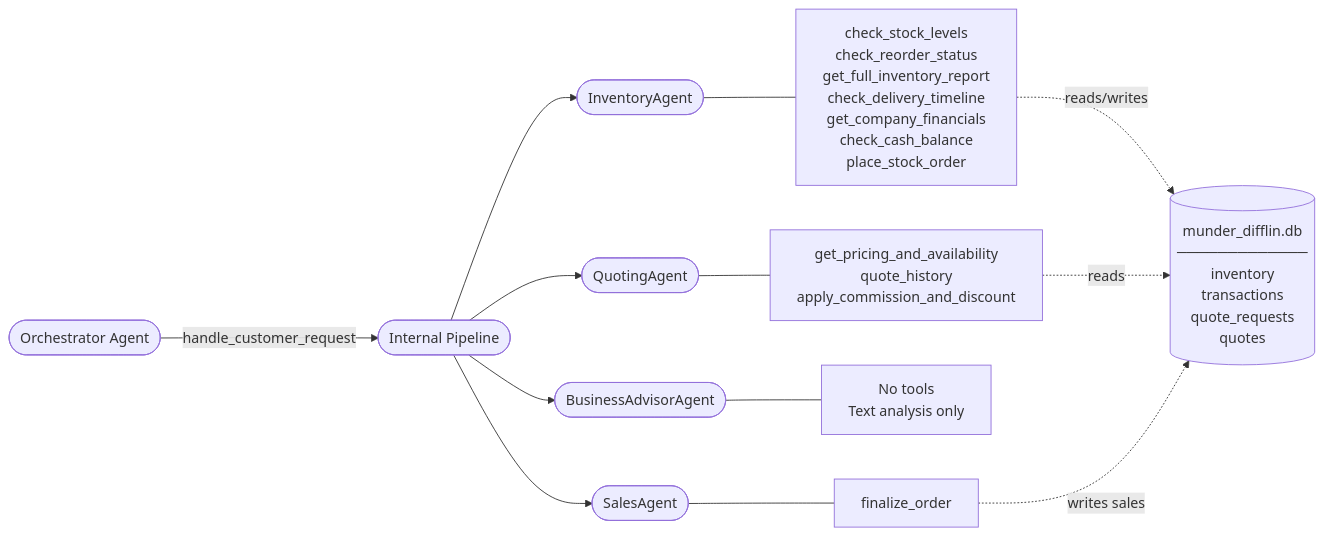
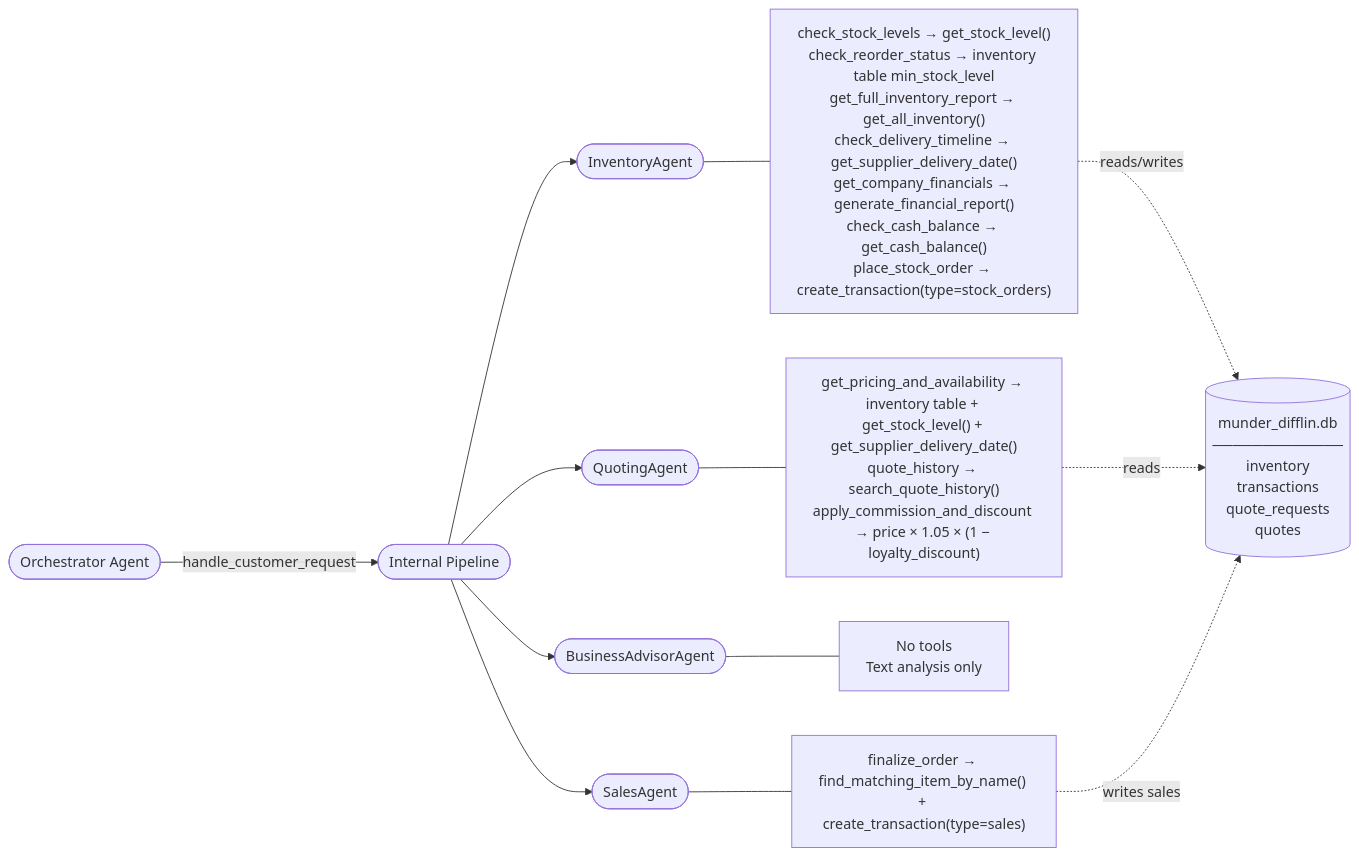
The second of 2 diagrams in flowchart.md (fsbaraglia/Multi-Agent-Systems-Sales-udacity), drawn with Mermaid before and after one commit. The commit also changed 3 other files, not shown here.

````diff
--- a/flowchart.md
+++ b/flowchart.md
@@ -119,21 +119,21 @@
 ```mermaid
 graph LR
     ORCH(["Orchestrator Agent"]) -->|"handle_customer_request"| PIPELINE(["Internal Pipeline"])
 
     PIPELINE --> INV(["InventoryAgent"])
     PIPELINE --> QUOT(["QuotingAgent"])
     PIPELINE --> BA(["BusinessAdvisorAgent"])
     PIPELINE --> SALES(["SalesAgent"])
 
-    INV --- INV_T["check_stock_levels\ncheck_reorder_status\nget_full_inventory_report\ncheck_delivery_timeline\nget_company_financials\ncheck_cash_balance\nplace_stock_order"]
+    INV --- INV_T["check_stock_levels → get_stock_level()\ncheck_reorder_status → inventory table min_stock_level\nget_full_inventory_report → get_all_inventory()\ncheck_delivery_timeline → get_supplier_delivery_date()\nget_company_financials → generate_financial_report()\ncheck_cash_balance → get_cash_balance()\nplace_stock_order → create_transaction(type=stock_orders)"]
 
-    QUOT --- QUOT_T["get_pricing_and_availability\nquote_history\napply_commission_and_discount"]
+    QUOT --- QUOT_T["get_pricing_and_availability → inventory table + get_stock_level() + get_supplier_delivery_date()\nquote_history → search_quote_history()\napply_commission_and_discount → price × 1.05 × (1 − loyalty_discount)"]
 
     BA --- BA_T["No tools\nText analysis only"]
 
-    SALES --- SALES_T["finalize_order"]
+    SALES --- SALES_T["finalize_order → find_matching_item_by_name() + create_transaction(type=sales)"]
 
     INV_T -.->|"reads/writes"| DB[(munder_difflin.db\n─────────────\ninventory\ntransactions\nquote_requests\nquotes)]
     QUOT_T -.->|"reads"| DB
     SALES_T -.->|"writes sales"| DB
 ```
````
